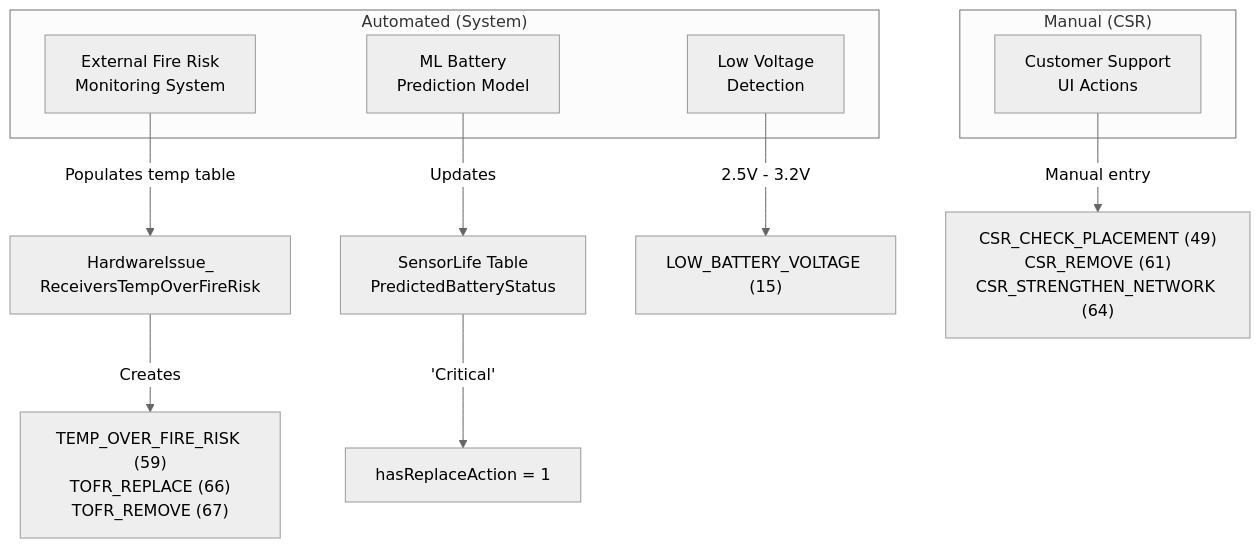
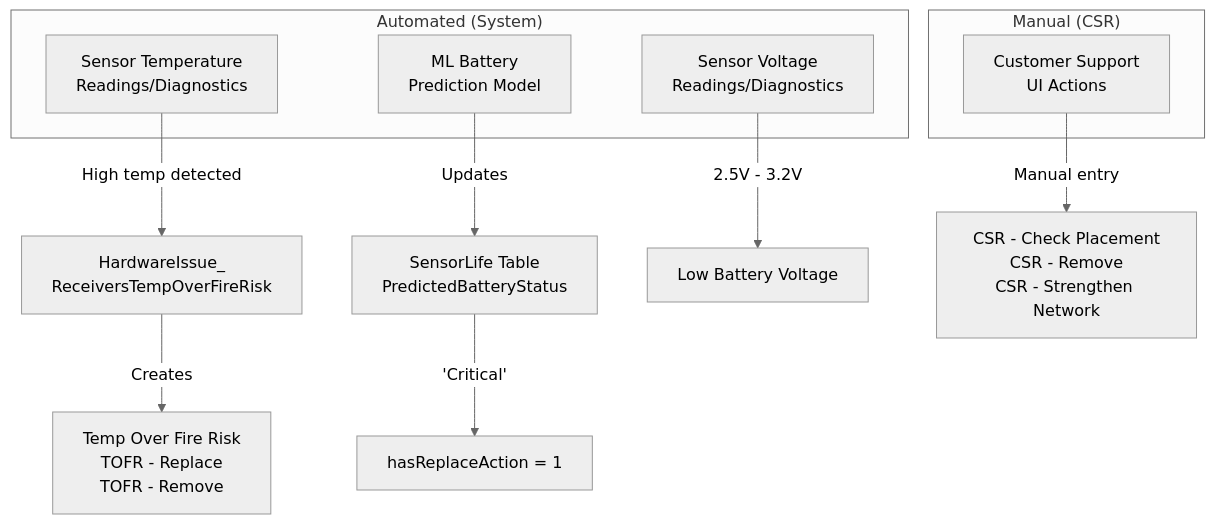
Before and after one commit to aw-jwalker/thoughts: the first of 3 diagrams in repos/fullstack.assetwatch/shared/research/2026-02-03-action-column-flowcharts.md, drawn with Mermaid (neutral theme). The commit also changed other lines of this file and 1 other file, not shown here.

````diff
--- a/repos/fullstack.assetwatch/shared/research/2026-02-03-action-column-flowcharts.md
+++ b/repos/fullstack.assetwatch/shared/research/2026-02-03-action-column-flowcharts.md
@@ -12,22 +12,22 @@
 ```mermaid
 flowchart TB
     subgraph Manual["Manual (CSR)"]
         CSR_UI["Customer Support<br/>UI Actions"]
     end
 
     subgraph Automated["Automated (System)"]
-        FIRE_MONITOR["External Fire Risk<br/>Monitoring System"]
+        FIRE_MONITOR["Sensor Temperature<br/>Readings/Diagnostics"]
         ML["ML Battery<br/>Prediction Model"]
-        VOLTAGE["Low Voltage<br/>Detection"]
+        VOLTAGE["Sensor Voltage<br/>Readings/Diagnostics"]
     end
 
-    FIRE_MONITOR -->|"Populates temp table"| TOFR_PROC["HardwareIssue_<br/>ReceiversTempOverFireRisk"]
-    TOFR_PROC -->|"Creates"| TOFR_ISSUES["TEMP_OVER_FIRE_RISK (59)<br/>TOFR_REPLACE (66)<br/>TOFR_REMOVE (67)"]
+    FIRE_MONITOR -->|"High temp detected"| TOFR_PROC["HardwareIssue_<br/>ReceiversTempOverFireRisk"]
+    TOFR_PROC -->|"Creates"| TOFR_ISSUES["Temp Over Fire Risk<br/>TOFR - Replace<br/>TOFR - Remove"]
 
     ML -->|"Updates"| SENSORLIFE["SensorLife Table<br/>PredictedBatteryStatus"]
     SENSORLIFE -->|"'Critical'"| REPLACE_FLAG["hasReplaceAction = 1"]
 
-    VOLTAGE -->|"2.5V - 3.2V"| LOW_V["LOW_BATTERY_VOLTAGE (15)"]
+    VOLTAGE -->|"2.5V - 3.2V"| LOW_V["Low Battery Voltage"]
 
-    CSR_UI -->|"Manual entry"| CSR_ISSUES["CSR_CHECK_PLACEMENT (49)<br/>CSR_REMOVE (61)<br/>CSR_STRENGTHEN_NETWORK (64)"]
+    CSR_UI -->|"Manual entry"| CSR_ISSUES["CSR - Check Placement<br/>CSR - Remove<br/>CSR - Strengthen Network"]
 ```
````
